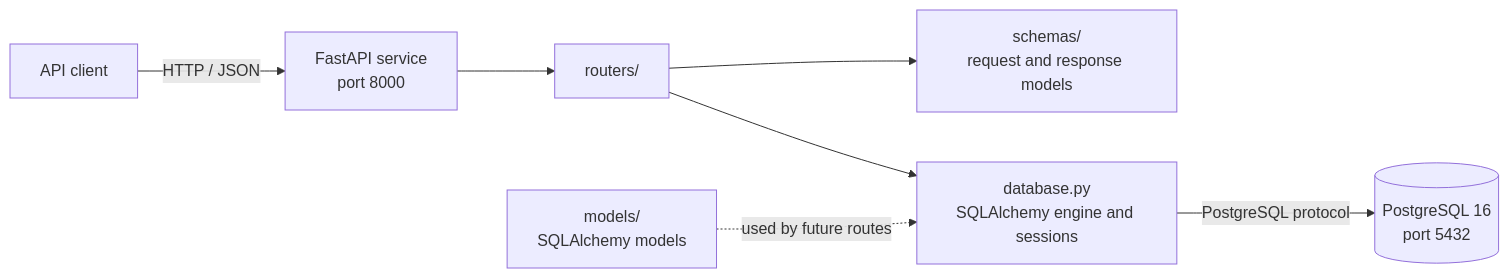
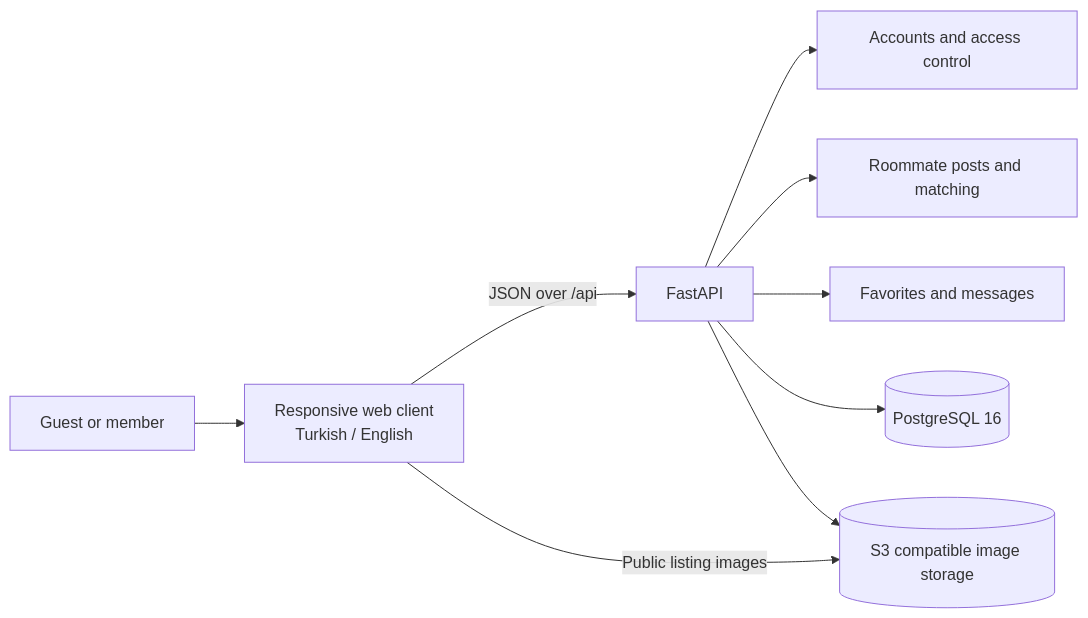
One commit to hidircan0/HomeMatch changed the first of 2 diagrams in README.md. Above: the diagram before and after it, drawn with Mermaid. The commit also changed other lines of this file and 33 other files, not shown here.

````diff
--- a/README.md
+++ b/README.md
@@ -9,9 +7,11 @@
 ```mermaid
 flowchart LR
-    Client[API client] -->|HTTP / JSON| API[FastAPI service\nport 8000]
-    API --> Router[routers/]
-    Router --> Schemas[schemas/\nrequest and response models]
-    Router --> DB[database.py\nSQLAlchemy engine and sessions]
-    DB -->|PostgreSQL protocol| PG[(PostgreSQL 16\nport 5432)]
-    Models[models/\nSQLAlchemy models] -. used by future routes .-> DB
+    Guest[Guest or member] --> Web[Responsive web client\nTurkish / English]
+    Web -->|JSON over /api| API[FastAPI]
+    API --> Auth[Accounts and access control]
+    API --> Posts[Roommate posts and matching]
+    API --> Chat[Favorites and messages]
+    API --> DB[(PostgreSQL 16)]
+    API --> ObjectStore[(S3 compatible image storage)]
+    Web -->|Public listing images| ObjectStore
 ```
````
